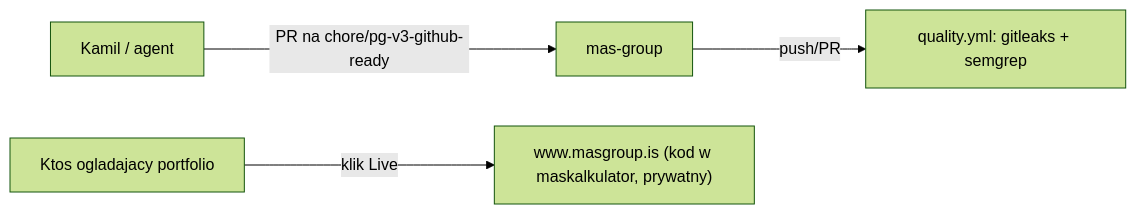
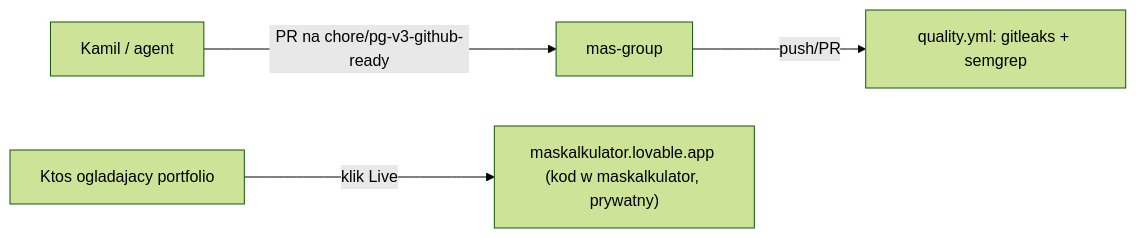
Before and after one commit to kamiljan11/mas-group: the diagram in docs/ARCHITECTURE.md, drawn with Mermaid (forest theme). The commit also changed other lines of this file and 6 other files, not shown here.

````diff
--- a/docs/ARCHITECTURE.md
+++ b/docs/ARCHITECTURE.md
@@ -34,6 +30,6 @@
 ```mermaid
 flowchart LR
   DEV[Kamil / agent] -->|PR na chore/pg-v3-github-ready| REPO[mas-group]
   REPO -->|push/PR| CI[quality.yml: gitleaks + semgrep]
-  CZYTELNIK[Ktos ogladajacy portfolio] -->|klik Live| PROD["www.masgroup.is (kod w maskalkulator, prywatny)"]
+  CZYTELNIK[Ktos ogladajacy portfolio] -->|klik Live| PROD["maskalkulator.lovable.app (kod w maskalkulator, prywatny)"]
 ```
````
